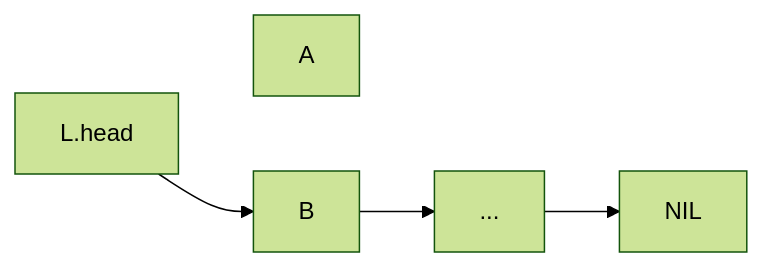
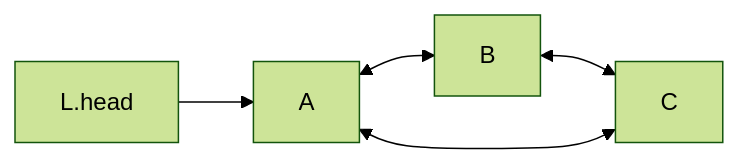
One commit to Eurydia/notes-singularity changed the fourth of 4 diagrams in Computer science/Data structures/Linked list.md. Above: the diagram before and after it, drawn with Mermaid (forest theme). The commit also changed other lines of this file and 4 other files, not shown here.

````diff
--- a/Computer science/Data structures/Linked list.md
+++ b/Computer science/Data structures/Linked list.md
@@ -107,5 +53,4 @@
-	```mermaid
-	flowchart LR
-		L.head~~~A
-		L.head-->B-->C[...]-->NIL
-	```
+```mermaid
+flowchart LR
+	L.head-->A<-->B<-->C<-->A
+```
````
